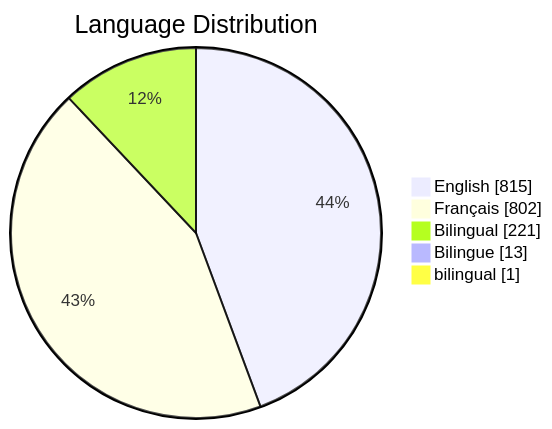
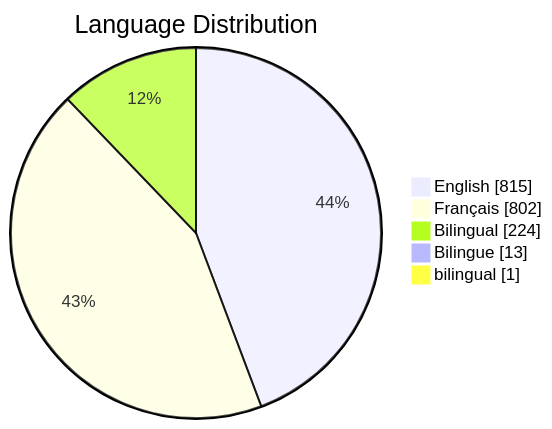
The third of 6 diagrams in README.md (PatLittle/GC-Socials), drawn with Mermaid before and after one commit. The commit also changed other lines of this file, not shown here.

Commit message:
Update README with Platform Distribution pie chart

````diff
--- a/README.md
+++ b/README.md
@@ -81,8 +83,8 @@
 ```mermaid
 pie showData title Language Distribution
     "English": 815
     "Français": 802
-    "Bilingual": 221
+    "Bilingual": 224
     "Bilingue": 13
     "bilingual": 1
 ```
````
